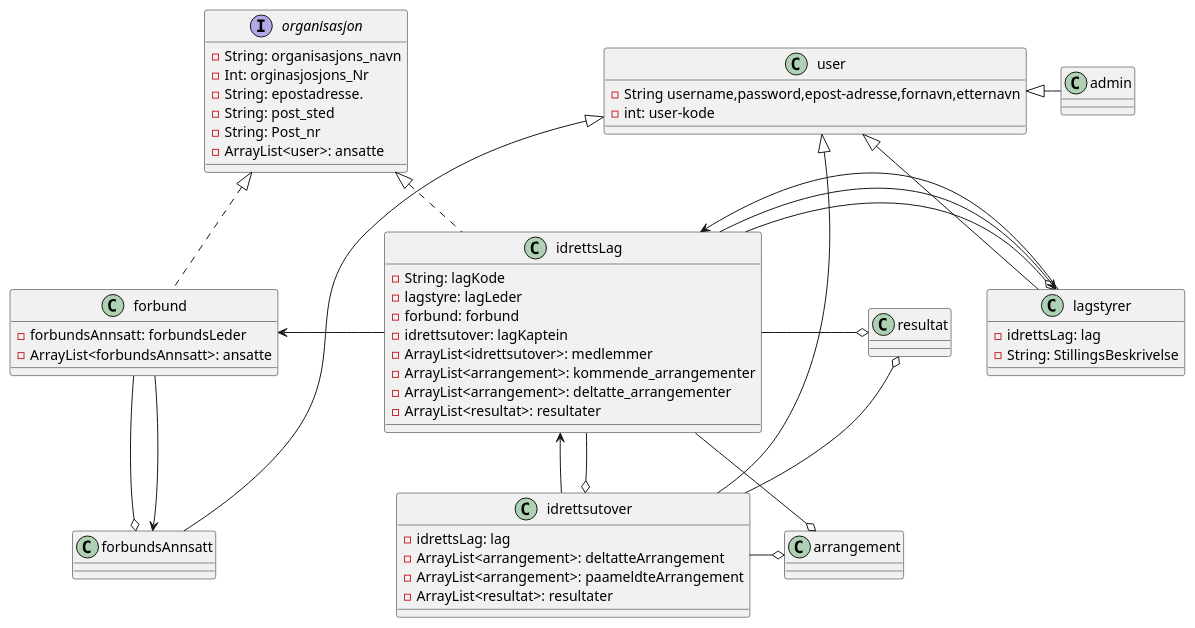
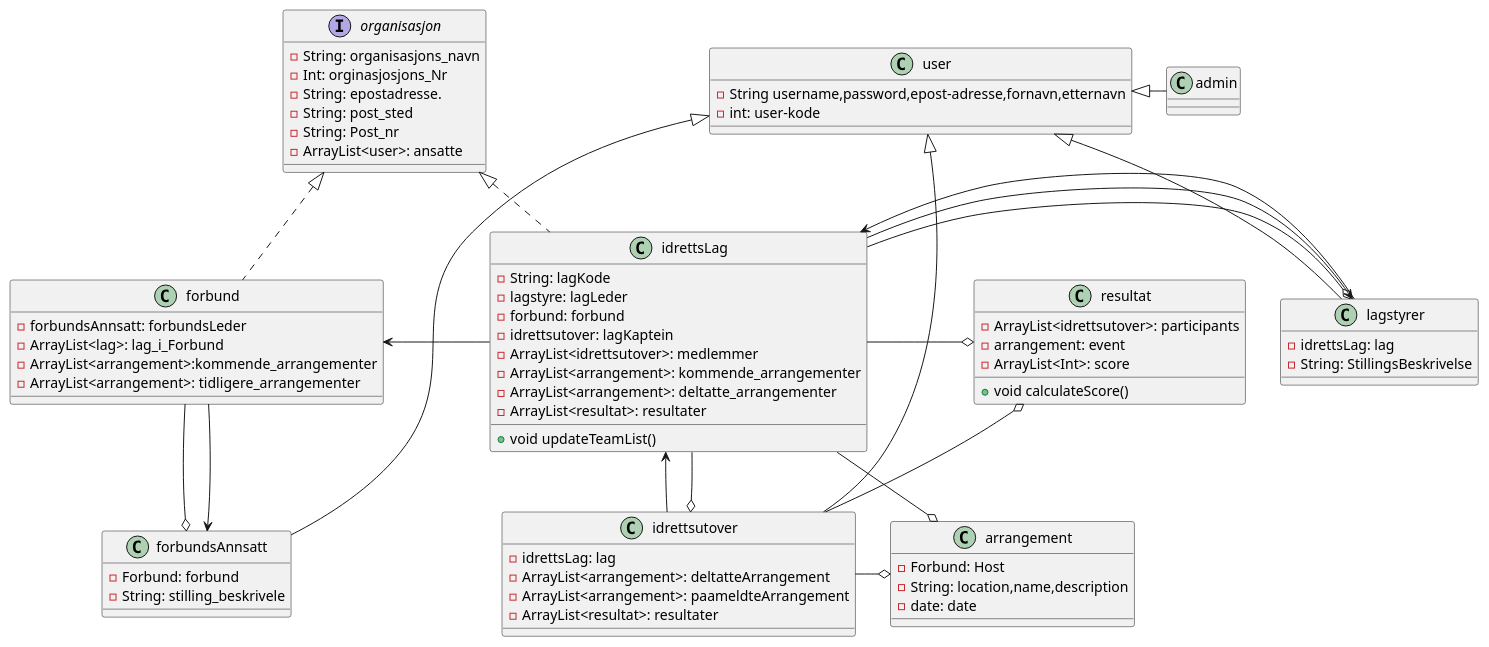
The diagram in uml/classeDiagram/ClasseDiagram_12_10.puml (tobbibias/GruppeOppgaven-H2019-Gruppe-11), drawn with PlantUML before and after one commit. The commit also changed 1 other file, not shown here.

Commit message:
cuntinued with uml diagram.
diagram not finished , but ready for the main classes to be developed.

```diff
--- a/uml/classeDiagram/ClasseDiagram_12_10.puml
+++ b/uml/classeDiagram/ClasseDiagram_12_10.puml
@@ -1,79 +1,98 @@
 @startuml
 class user{
     -String username,password,epost-adresse,fornavn,etternavn
     -int: user-kode
 }
 interface organisasjon{
     -String: organisasjons_navn
     -Int: orginasjosjons_Nr
     -String: epostadresse.
     -String: post_sted
     -String: Post_nr
     -ArrayList<user>: ansatte
 }
 
 class idrettsutover{
     -idrettsLag: lag
     -ArrayList<arrangement>: deltatteArrangement
     -ArrayList<arrangement>: paameldteArrangement
     -ArrayList<resultat>: resultater
 }
 
 
 class idrettsLag{
     -String: lagKode
     -lagstyre: lagLeder
     -forbund: forbund
     -idrettsutover: lagKaptein
     -ArrayList<idrettsutover>: medlemmer
     -ArrayList<arrangement>: kommende_arrangementer
     -ArrayList<arrangement>: deltatte_arrangementer
     -ArrayList<resultat>: resultater
+    +void updateTeamList()
 }
 
 
 class lagstyrer{
      -idrettsLag: lag
      -String: StillingsBeskrivelse
 
 }
 
 
 class forbund{
     -forbundsAnnsatt: forbundsLeder
-    -ArrayList<forbundsAnnsatt>: ansatte
+    -ArrayList<lag>: lag_i_Forbund
+    -ArrayList<arrangement>:kommende_arrangementer
+    -ArrayList<arrangement>: tidligere_arrangementer
 }
+
 class forbundsAnnsatt{
+    -Forbund: forbund
+    -String: stilling_beskrivele
 }
-class arrangement
-class admin
-class resultat
+
+class arrangement{
+    -Forbund: Host
+    -String: location,name,description
+    -date: date
+}
+
+class admin{
+
+}
+class resultat{
+    -ArrayList<idrettsutover>: participants
+    -arrangement: event
+    -ArrayList<Int>: score
+    +void calculateScore()
+}
 
 
 idrettsutover -up-|> user
 idrettsutover -left-> idrettsLag
 idrettsutover -up-o resultat
 idrettsutover -right-o arrangement
 
 idrettsLag .up.|> organisasjon
 idrettsLag --o idrettsutover
 idrettsLag -right-o lagstyrer
 idrettsLag -right-> lagstyrer
 idrettsLag --o arrangement
 idrettsLag -left-> forbund
 idrettsLag -right-o resultat
 
 
 lagstyrer -up-|> user
-lagstyrer --> idrettsLag
+lagstyrer -right-> idrettsLag
 
 
 forbund --o forbundsAnnsatt
 forbund --> forbundsAnnsatt
 
 forbundsAnnsatt -up-|> user
 admin -left-|> user
 
 
 forbund .up.|> organisasjon
 @enduml
```
